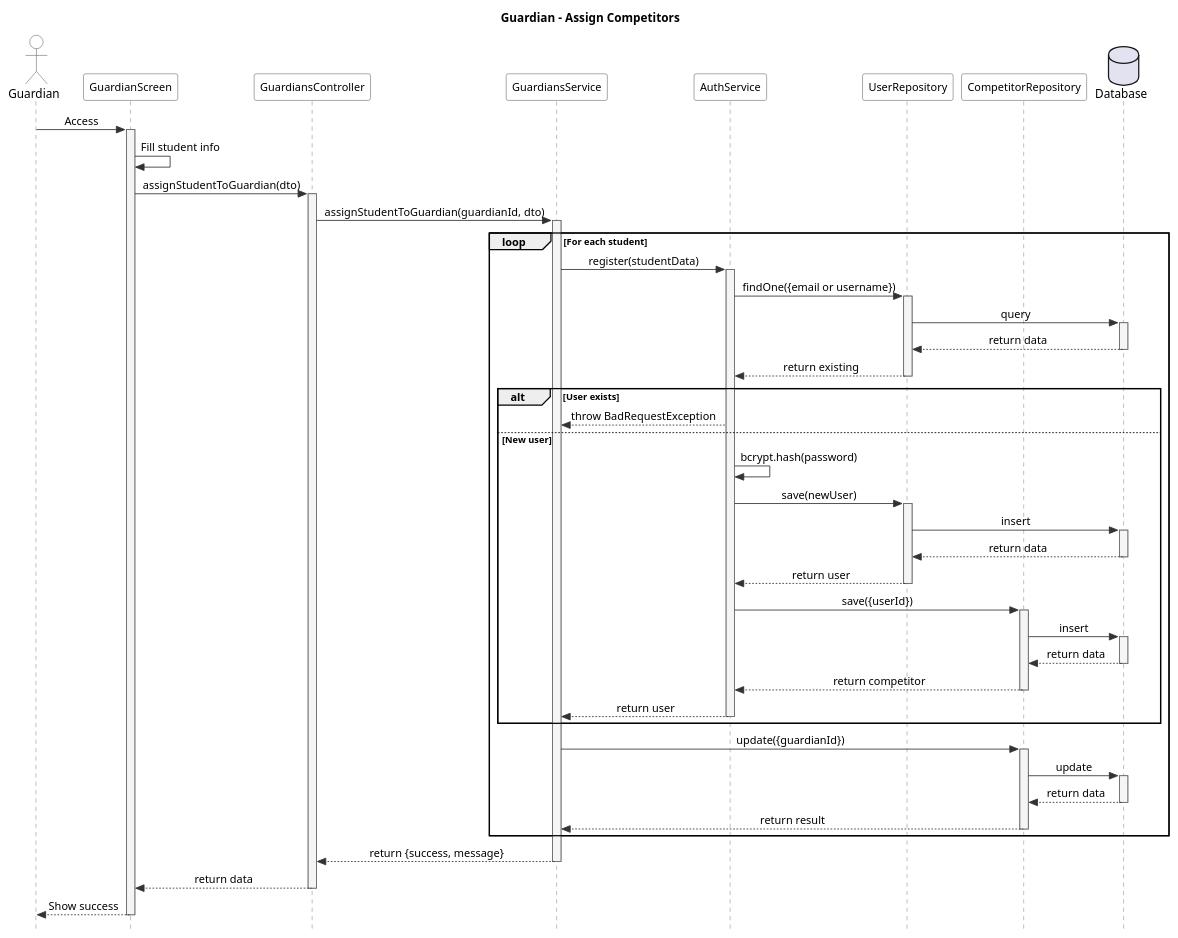
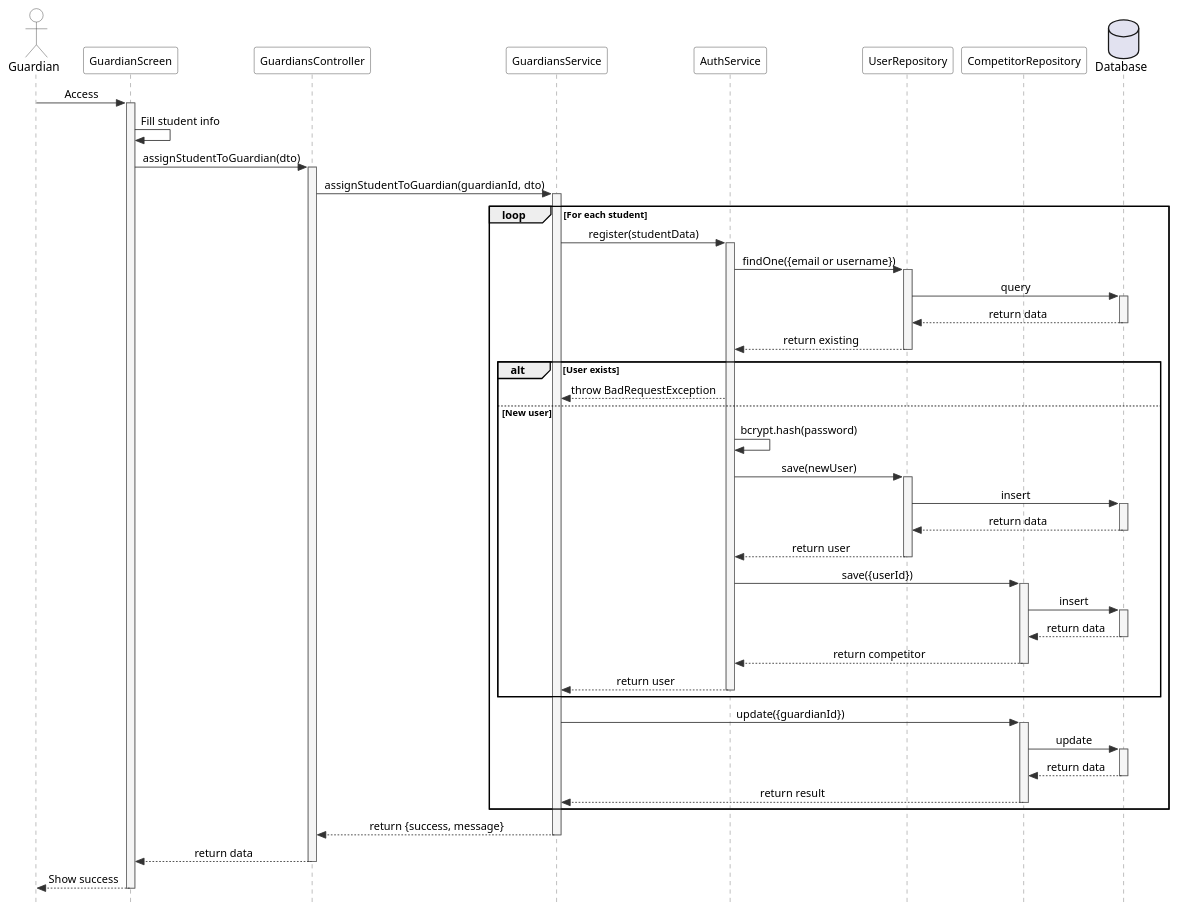
One commit to viethoang1520/artchain-server changed the diagram in documents/guardian/sequence-guardian-assign-competitors.puml. Above: the diagram before and after it, drawn with PlantUML. The commit also changed 57 other files, not shown here.

```diff
--- a/documents/guardian/sequence-guardian-assign-competitors.puml
+++ b/documents/guardian/sequence-guardian-assign-competitors.puml
@@ -1,96 +1,94 @@
 @startuml Guardian - Assign Competitors
 
 skinparam style strictuml
 skinparam backgroundColor White
 skinparam sequenceMessageAlign center
 skinparam sequence {
   ArrowColor #333333
   LifeLineBorderColor #666666
   LifeLineBackgroundColor #F5F5F5
   ParticipantBorderColor #333333
   ParticipantBackgroundColor #FFFFFF
   ParticipantFontSize 13
   ActorBorderColor #333333
   ActorBackgroundColor #FFFFFF
 }
-
-title Guardian - Assign Competitors
 
 actor Guardian
 participant "GuardianScreen" as Screen
 participant "GuardiansController" as Controller
 participant "GuardiansService" as Service
 participant "AuthService" as AuthSvc
 participant "UserRepository" as UserRepo
 participant "CompetitorRepository" as CompRepo
 database "Database" as DB
 
 Guardian -> Screen : Access
 activate Screen
 
 Screen -> Screen : Fill student info
 
 Screen -> Controller : assignStudentToGuardian(dto)
 activate Controller
 
 Controller -> Service : assignStudentToGuardian(guardianId, dto)
 activate Service
 
 loop For each student
   Service -> AuthSvc : register(studentData)
   activate AuthSvc
 
   AuthSvc -> UserRepo : findOne({email or username})
   activate UserRepo
   UserRepo -> DB : query
   activate DB
   DB --> UserRepo : return data
   deactivate DB
   UserRepo --> AuthSvc : return existing
   deactivate UserRepo
 
   alt User exists
     AuthSvc --> Service : throw BadRequestException
   else New user
     AuthSvc -> AuthSvc : bcrypt.hash(password)
 
     AuthSvc -> UserRepo : save(newUser)
     activate UserRepo
     UserRepo -> DB : insert
     activate DB
     DB --> UserRepo : return data
     deactivate DB
     UserRepo --> AuthSvc : return user
     deactivate UserRepo
 
     AuthSvc -> CompRepo : save({userId})
     activate CompRepo
     CompRepo -> DB : insert
     activate DB
     DB --> CompRepo : return data
     deactivate DB
     CompRepo --> AuthSvc : return competitor
     deactivate CompRepo
 
     AuthSvc --> Service : return user
     deactivate AuthSvc
   end
 
   Service -> CompRepo : update({guardianId})
   activate CompRepo
   CompRepo -> DB : update
   activate DB
   DB --> CompRepo : return data
   deactivate DB
   CompRepo --> Service : return result
   deactivate CompRepo
 end
 
 Service --> Controller : return {success, message}
 deactivate Service
 Controller --> Screen : return data
 deactivate Controller
 Screen --> Guardian : Show success
 deactivate Screen
 
 @enduml
```
